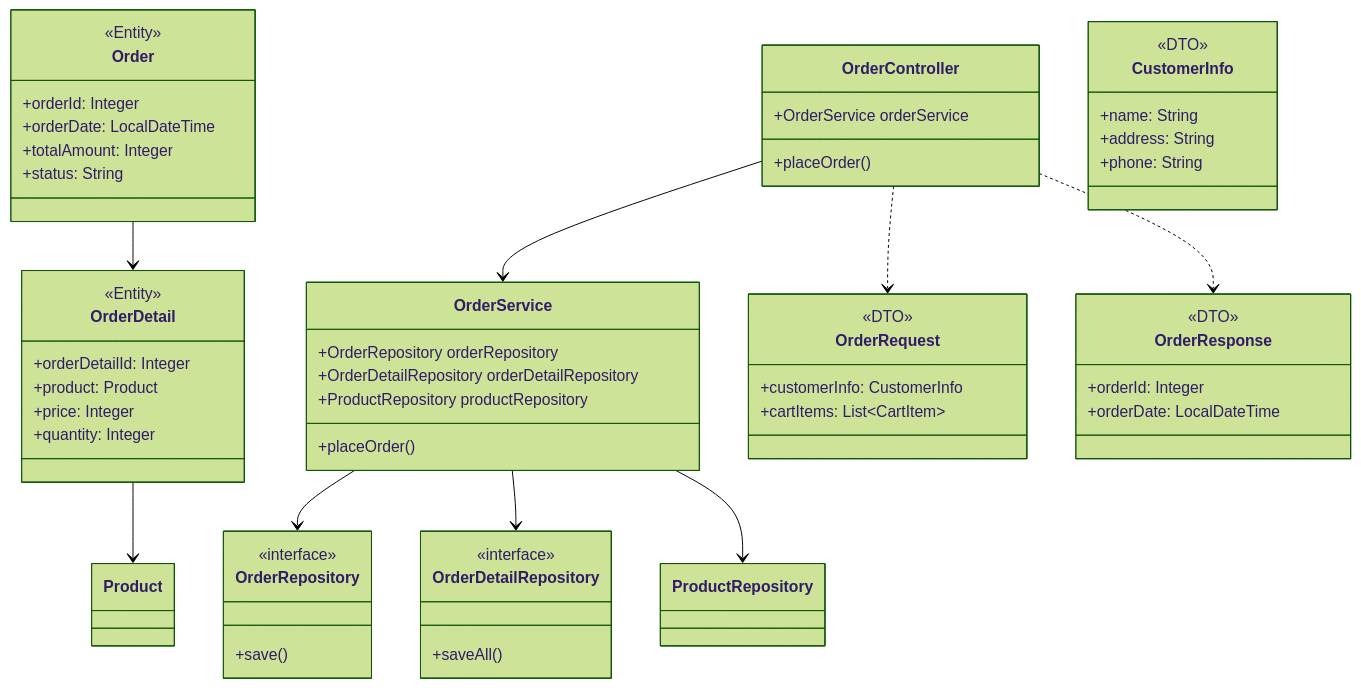
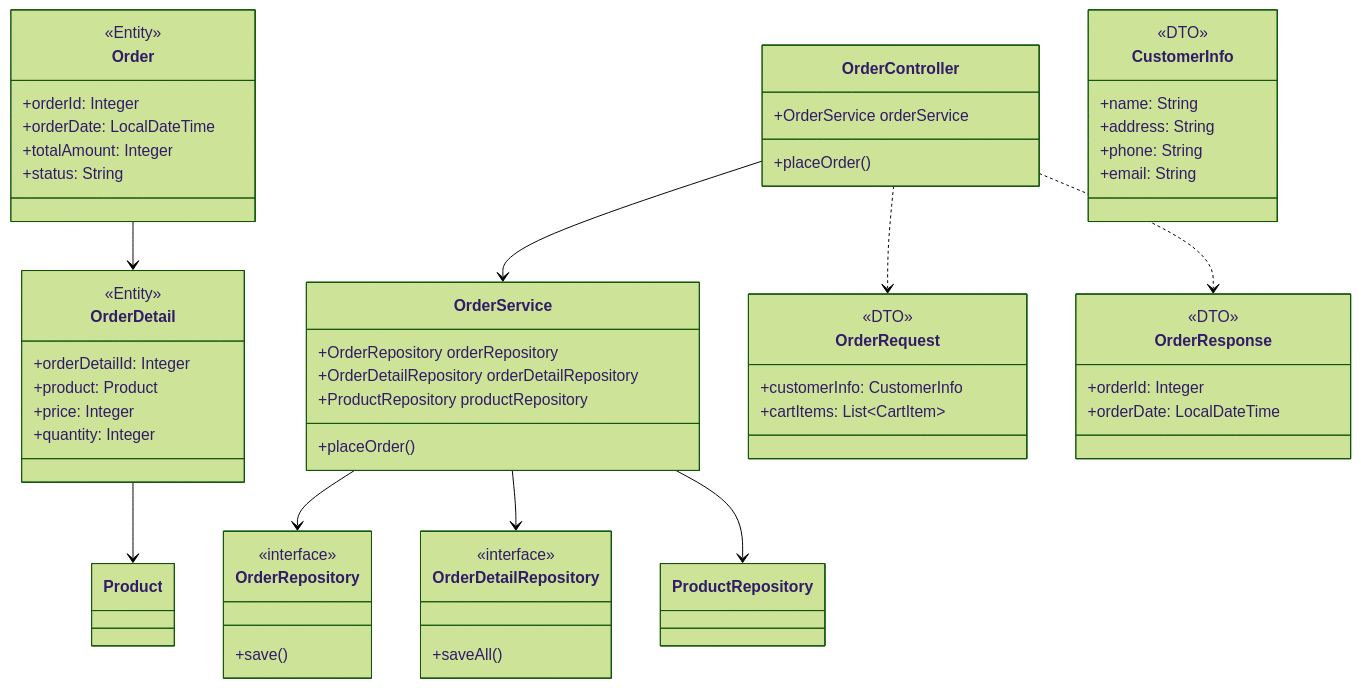
Before and after one commit to Hinako-Kimura127/neko: diagram 11 of 12 in 詳細設計/詳細設計.md, drawn with Mermaid (forest theme). The commit also changed other lines of this file, not shown here.

```diff
--- a/詳細設計/詳細設計.md
+++ b/詳細設計/詳細設計.md
@@ -553,61 +550,62 @@
 <div class="mermaid">
 classDiagram
     class OrderController {
     +OrderService orderService
     +placeOrder()
 }
 class OrderService {
     +OrderRepository orderRepository
     +OrderDetailRepository orderDetailRepository
     +ProductRepository productRepository
     +placeOrder()
 }
 class OrderRepository {
     <<interface>>
     +save()
 }
 class OrderDetailRepository {
     <<interface>>
     +saveAll()
 }
 class Order {
     <<Entity>>
     +orderId: Integer
     +orderDate: LocalDateTime
     +totalAmount: Integer
     +status: String
 }
 class OrderDetail {
     <<Entity>>
     +orderDetailId: Integer
     +product: Product
     +price: Integer
     +quantity: Integer
 }
 class OrderRequest {
     <<DTO>>
     +customerInfo: CustomerInfo
     +cartItems: List~CartItem~
 }
 class OrderResponse {
     <<DTO>>
     +orderId: Integer
     +orderDate: LocalDateTime
 }
 class CustomerInfo {
     <<DTO>>
     +name: String
     +address: String
     +phone: String
+    +email: String
 }
 
 OrderController --> OrderService
 OrderService --> OrderRepository
 OrderService --> OrderDetailRepository
 OrderService --> ProductRepository
 Order --> OrderDetail
 OrderDetail --> Product
 OrderController ..> OrderRequest
 OrderController ..> OrderResponse
 
 </div>
```
